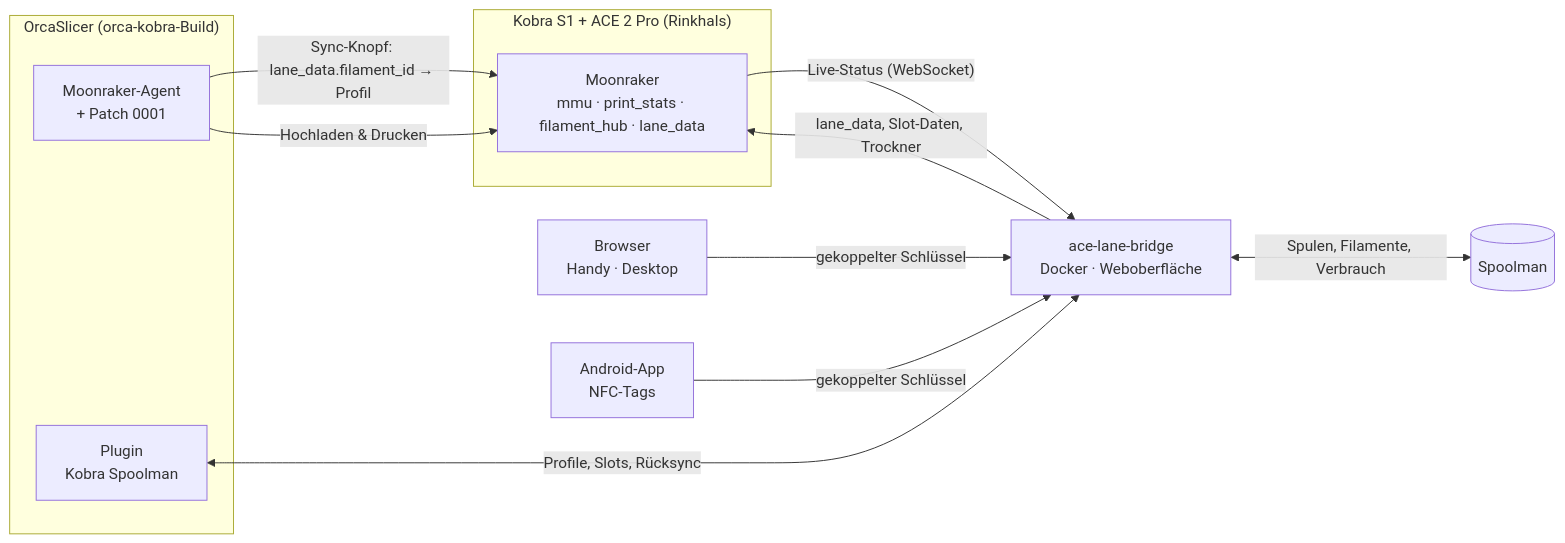
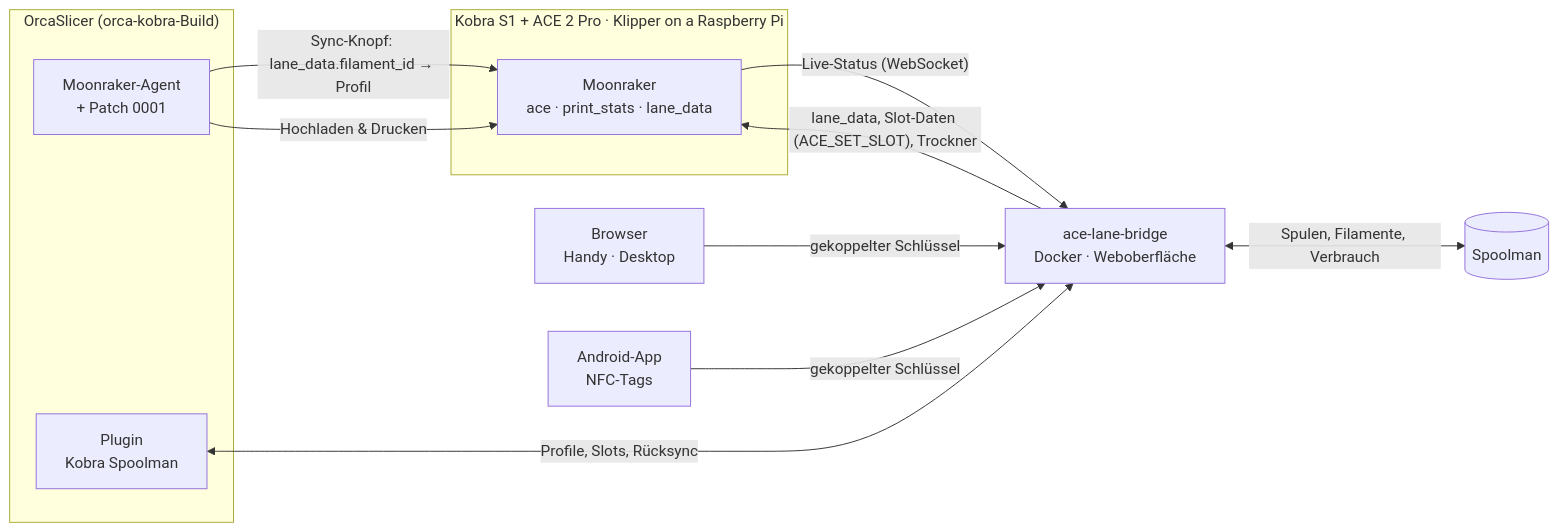
One commit to xNoVoSx/kobra-spoolman changed the diagram in README.de.md. Above: the diagram before and after it, drawn with Mermaid. The commit also changed other lines of this file and 17 other files, not shown here.

````diff
--- a/README.de.md
+++ b/README.de.md
@@ -56,23 +56,23 @@
 ```mermaid
 flowchart LR
-    subgraph Printer["Kobra S1 + ACE 2 Pro (Rinkhals)"]
-        MR[Moonraker<br/>mmu · print_stats · filament_hub · lane_data]
+    subgraph Printer["Kobra S1 + ACE 2 Pro · Klipper on a Raspberry Pi"]
+        MR[Moonraker<br/>ace · print_stats · lane_data]
     end
     SM[(Spoolman)]
     BR[ace-lane-bridge<br/>Docker · Weboberfläche]
     subgraph PC["OrcaSlicer (orca-kobra-Build)"]
         AG[Moonraker-Agent<br/>+ Patch 0001]
         PL[Plugin<br/>Kobra Spoolman]
     end
     Web[Browser<br/>Handy · Desktop]
     App[Android-App<br/>NFC-Tags]
 
     MR -- "Live-Status (WebSocket)" --> BR
-    BR -- "lane_data, Slot-Daten, Trockner" --> MR
+    BR -- "lane_data, Slot-Daten (ACE_SET_SLOT), Trockner" --> MR
     BR <-->|"Spulen, Filamente, Verbrauch"| SM
     Web -- "gekoppelter Schlüssel" --> BR
     App -- "gekoppelter Schlüssel" --> BR
     PL <-->|"Profile, Slots, Rücksync"| BR
     AG -- "Sync-Knopf: lane_data.filament_id → Profil" --> MR
     AG -- "Hochladen & Drucken" --> MR
 ```
````
